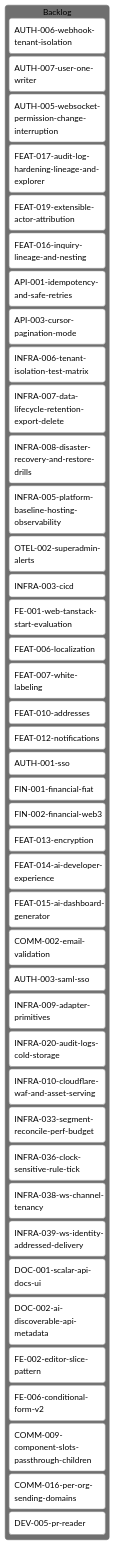
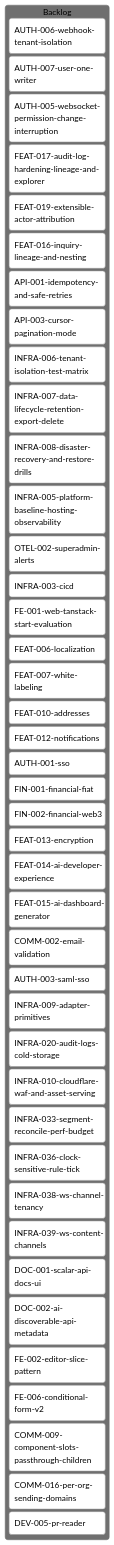
Before and after one commit to inixiative/template: the diagram in tickets/kanban-backlog.md, drawn with Mermaid (neutral theme). The commit also changed other lines of this file and 2 other files, not shown here.

Commit message:
docs(tickets): INFRA-039 becomes content channels — every delivery is content a socket subscribed to
Pushes to users are content in disguise (segment memberships changed); they
publish to the content's channel, authorized by its route. Identity
addressing is dropped: subscribers know what they want to hear about, not
whom. Records the user-channel rejection and what the rework takes.

````diff
--- a/tickets/kanban-backlog.md
+++ b/tickets/kanban-backlog.md
@@ -3,50 +3,50 @@
 ```mermaid
 ---
 config:
   kanban:
     ticketBaseUrl: 'https://github.com/yourorg/template/blob/main/tickets/#TICKET#'
 ---
 kanban
   Backlog
     AUTH-006-webhook-tenant-isolation
     AUTH-007-user-one-writer
     AUTH-005-websocket-permission-change-interruption
     FEAT-017-audit-log-hardening-lineage-and-explorer
     FEAT-019-extensible-actor-attribution
     FEAT-016-inquiry-lineage-and-nesting
     API-001-idempotency-and-safe-retries
     API-003-cursor-pagination-mode
     INFRA-006-tenant-isolation-test-matrix
     INFRA-007-data-lifecycle-retention-export-delete
     INFRA-008-disaster-recovery-and-restore-drills
     INFRA-005-platform-baseline-hosting-observability
     OTEL-002-superadmin-alerts
     INFRA-003-cicd
     FE-001-web-tanstack-start-evaluation
     FEAT-006-localization
     FEAT-007-white-labeling
     FEAT-010-addresses
     FEAT-012-notifications
     AUTH-001-sso
     FIN-001-financial-fiat
     FIN-002-financial-web3
     FEAT-013-encryption
     FEAT-014-ai-developer-experience
     FEAT-015-ai-dashboard-generator
     COMM-002-email-validation
     AUTH-003-saml-sso
     INFRA-009-adapter-primitives
     INFRA-020-audit-logs-cold-storage
     INFRA-010-cloudflare-waf-and-asset-serving
     INFRA-033-segment-reconcile-perf-budget
     INFRA-036-clock-sensitive-rule-tick
     INFRA-038-ws-channel-tenancy
-    INFRA-039-ws-identity-addressed-delivery
+    INFRA-039-ws-content-channels
     DOC-001-scalar-api-docs-ui
     DOC-002-ai-discoverable-api-metadata
     FE-002-editor-slice-pattern
     FE-006-conditional-form-v2
     COMM-009-component-slots-passthrough-children
     COMM-016-per-org-sending-domains
     DEV-005-pr-reader
 ```
````
